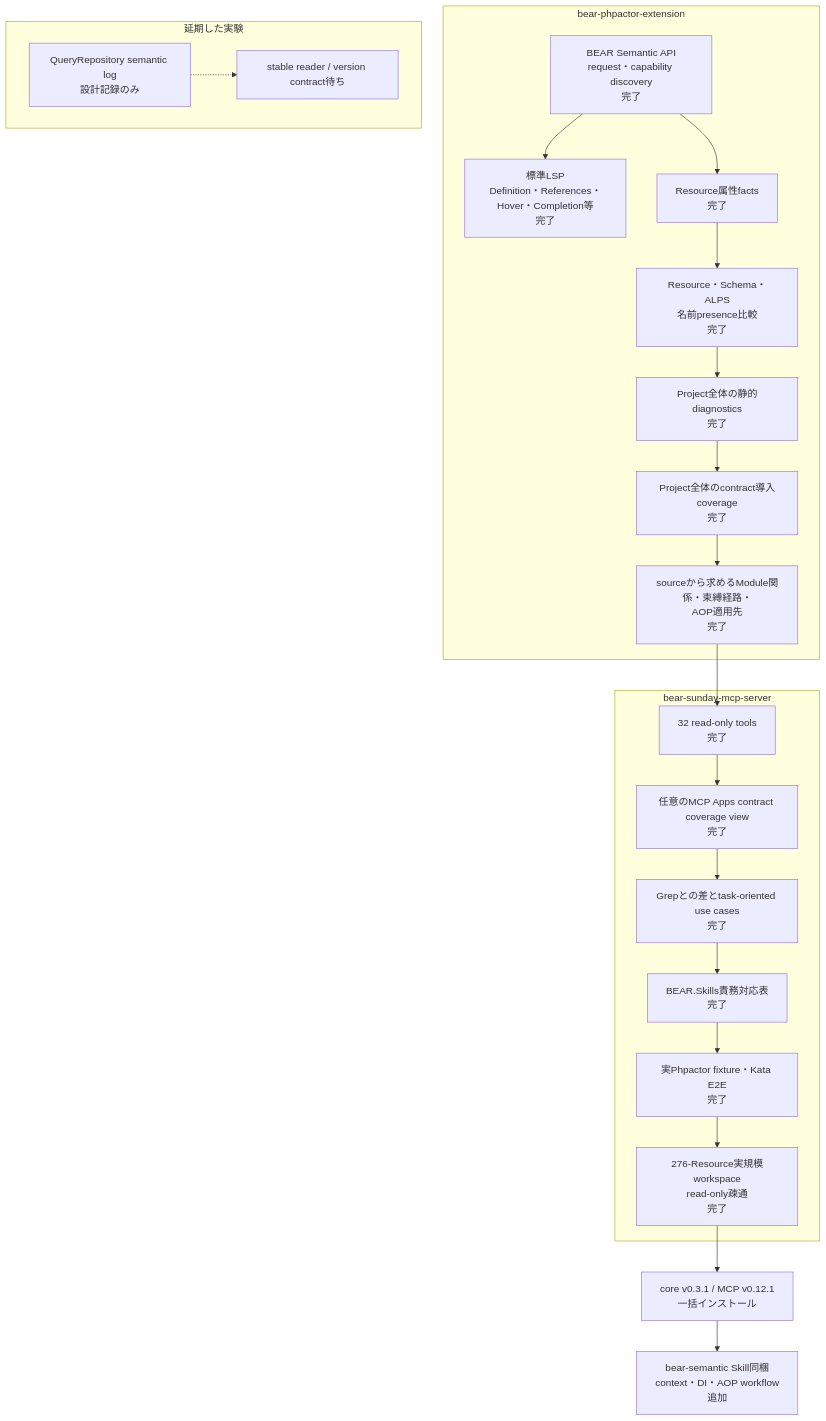
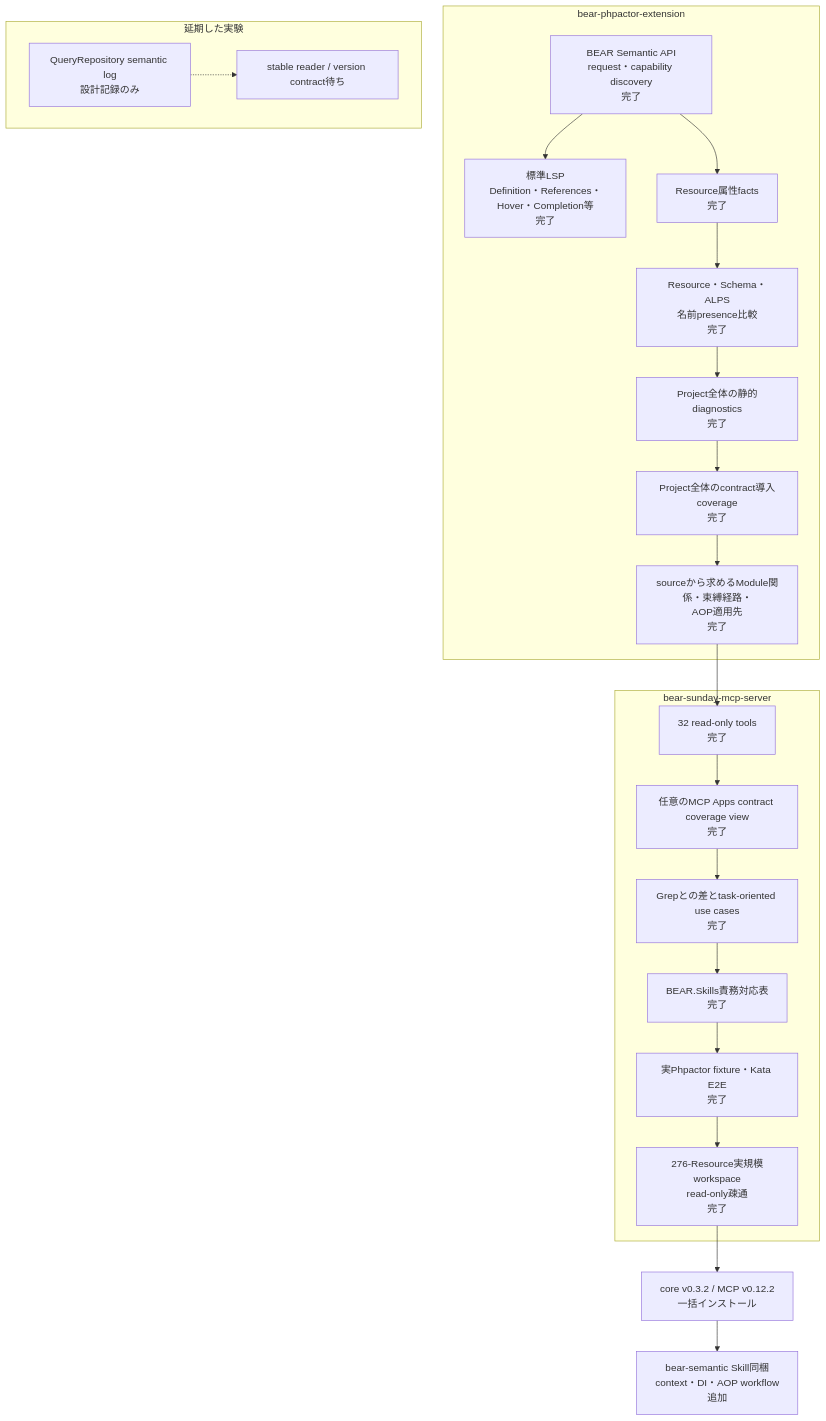
One commit to suzumaze/bear-sunday-mcp-server changed the diagram in docs/project-status.ja.md. Above: the diagram before and after it, drawn with Mermaid. The commit also changed other lines of this file and 7 other files, not shown here.

````diff
--- a/docs/project-status.ja.md
+++ b/docs/project-status.ja.md
@@ -8,35 +8,35 @@
 ```mermaid
 flowchart TB
     subgraph Core["bear-phpactor-extension"]
         C1["BEAR Semantic API<br/>request・capability discovery<br/>完了"]
         C2["標準LSP<br/>Definition・References・Hover・Completion等<br/>完了"]
         C3["Resource属性facts<br/>完了"]
         C4["Resource・Schema・ALPS<br/>名前presence比較<br/>完了"]
         C5["Project全体の静的diagnostics<br/>完了"]
         C6["Project全体のcontract導入coverage<br/>完了"]
         C7["sourceから求めるModule関係・束縛経路・<br/>AOP適用先<br/>完了"]
         C1 --> C2
         C1 --> C3 --> C4 --> C5 --> C6 --> C7
     end
 
     subgraph MCP["bear-sunday-mcp-server"]
         M1["32 read-only tools<br/>完了"]
         M0["任意のMCP Apps contract coverage view<br/>完了"]
         M2["Grepとの差とtask-oriented use cases<br/>完了"]
         M3["BEAR.Skills責務対応表<br/>完了"]
         M4["実Phpactor fixture・Kata E2E<br/>完了"]
         M5["276-Resource実規模workspace<br/>read-only疎通<br/>完了"]
         M1 --> M0 --> M2 --> M3 --> M4 --> M5
     end
 
     C7 --> M1
 
     subgraph Deferred["延期した実験"]
         D1["QueryRepository semantic log<br/>設計記録のみ"]
         D2["stable reader / version contract待ち"]
         D1 -.-> D2
     end
 
-    M5 --> R1["core v0.3.1 / MCP v0.12.1<br/>一括インストール"]
+    M5 --> R1["core v0.3.2 / MCP v0.12.2<br/>一括インストール"]
     R1 --> S1["bear-semantic Skill同梱<br/>context・DI・AOP workflow追加"]
 ```
````
